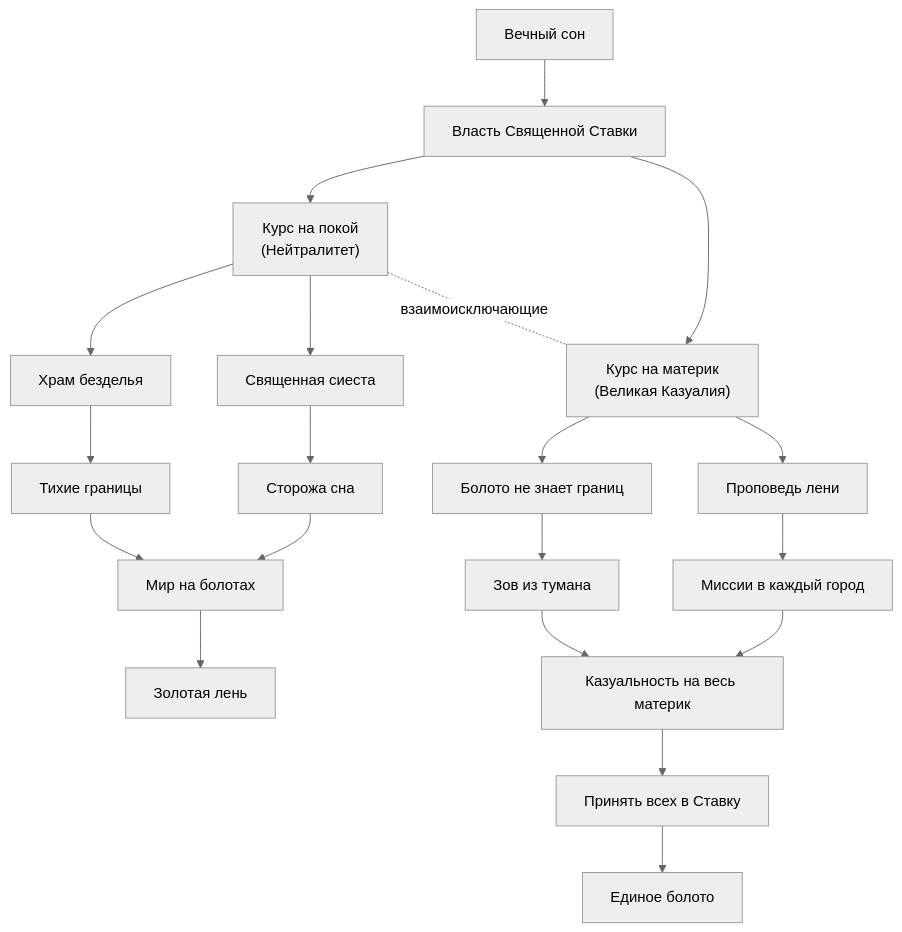
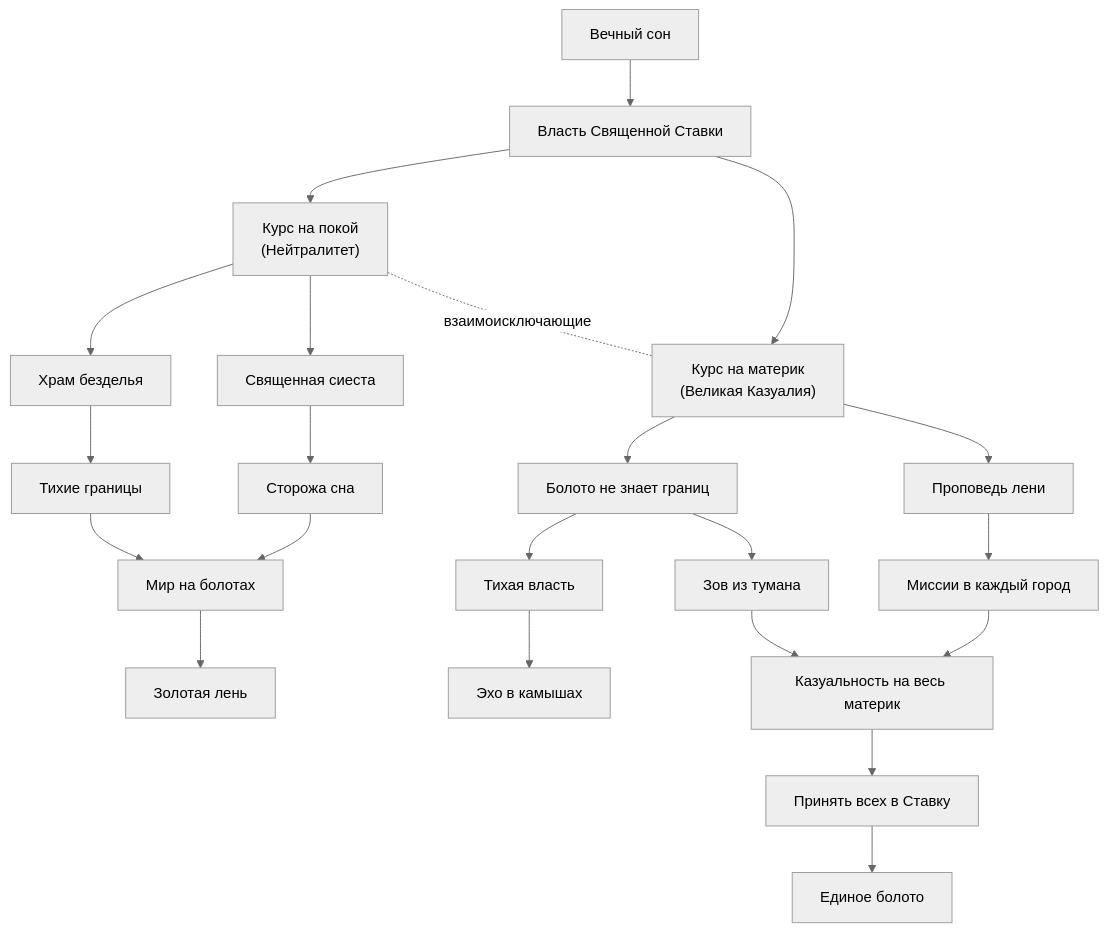
Before and after one commit to CatShredia/casuality-mod: the second of 10 diagrams in docs/focuses/Kazualia-Focus-Tree.md, drawn with Mermaid (neutral theme). The commit also changed other lines of this file and 28 other files, not shown here.

````diff
--- a/docs/focuses/Kazualia-Focus-Tree.md
+++ b/docs/focuses/Kazualia-Focus-Tree.md
@@ -48,22 +48,24 @@
 ```mermaid
 flowchart TD
     G1["Вечный сон"] --> G2["Власть Священной Ставки"]
     G2 --> N1["Курс на покой<br/>(Нейтралитет)"]
     G2 --> G0["Курс на материк<br/>(Великая Казуалия)"]
     N1 -. "взаимоисключающие" .- G0
     N1 --> N2["Священная сиеста"]
     N1 --> N3["Храм безделья"]
     N2 --> N4["Сторожа сна"]
     N3 --> N5["Тихие границы"]
     N4 --> N6["Мир на болотах"]
     N5 --> N6
     N6 --> N7["Золотая лень"]
     G0 --> G3["Проповедь лени"]
     G0 --> G4["Болото не знает границ"]
     G3 --> G5["Миссии в каждый город"]
     G4 --> G6["Зов из тумана"]
+    G4 --> GQ["Тихая власть"]
+    GQ --> GE["Эхо в камышах"]
     G5 --> G7["Казуальность на весь материк"]
     G6 --> G7
     G7 --> G8["Принять всех в Ставку"]
     G8 --> G9["Единое болото"]
 ```
````
